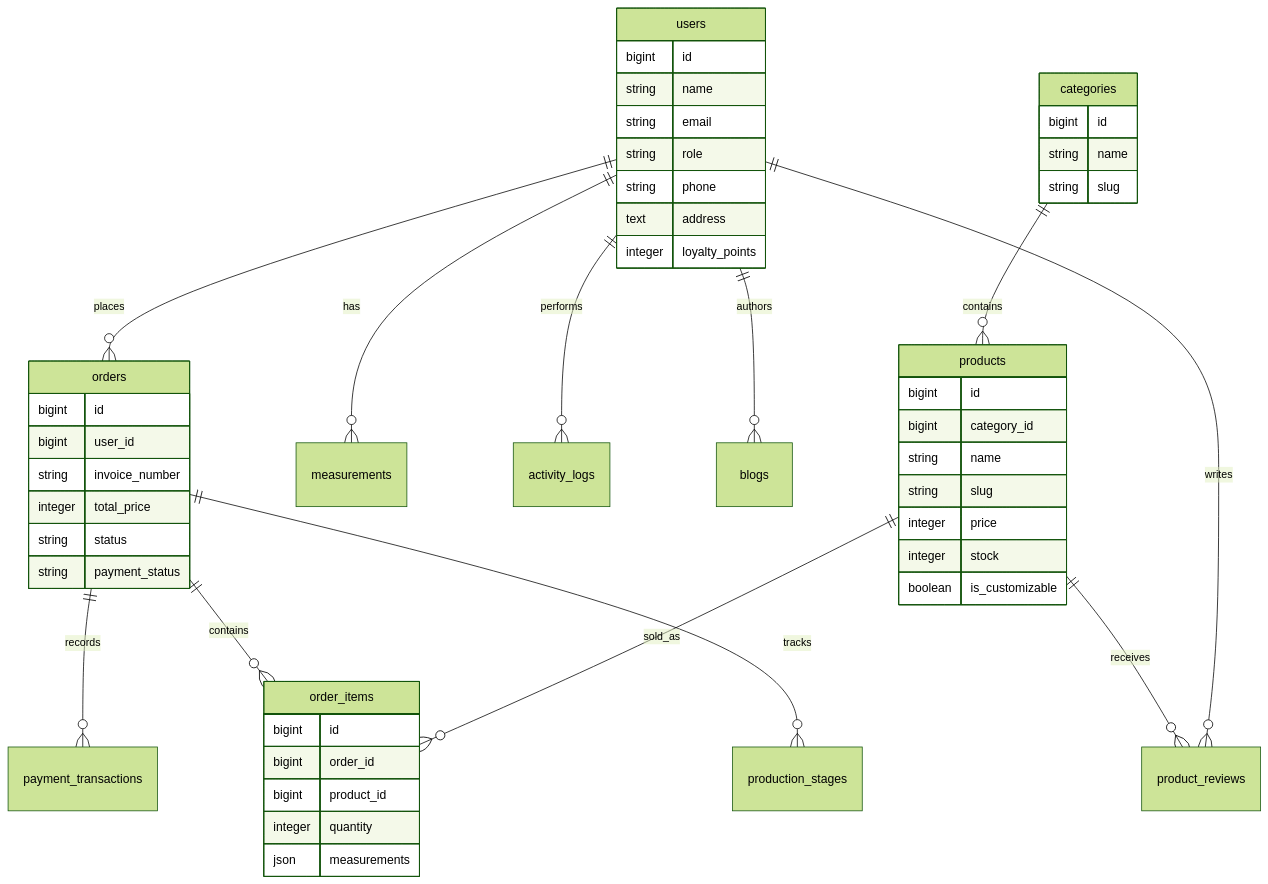
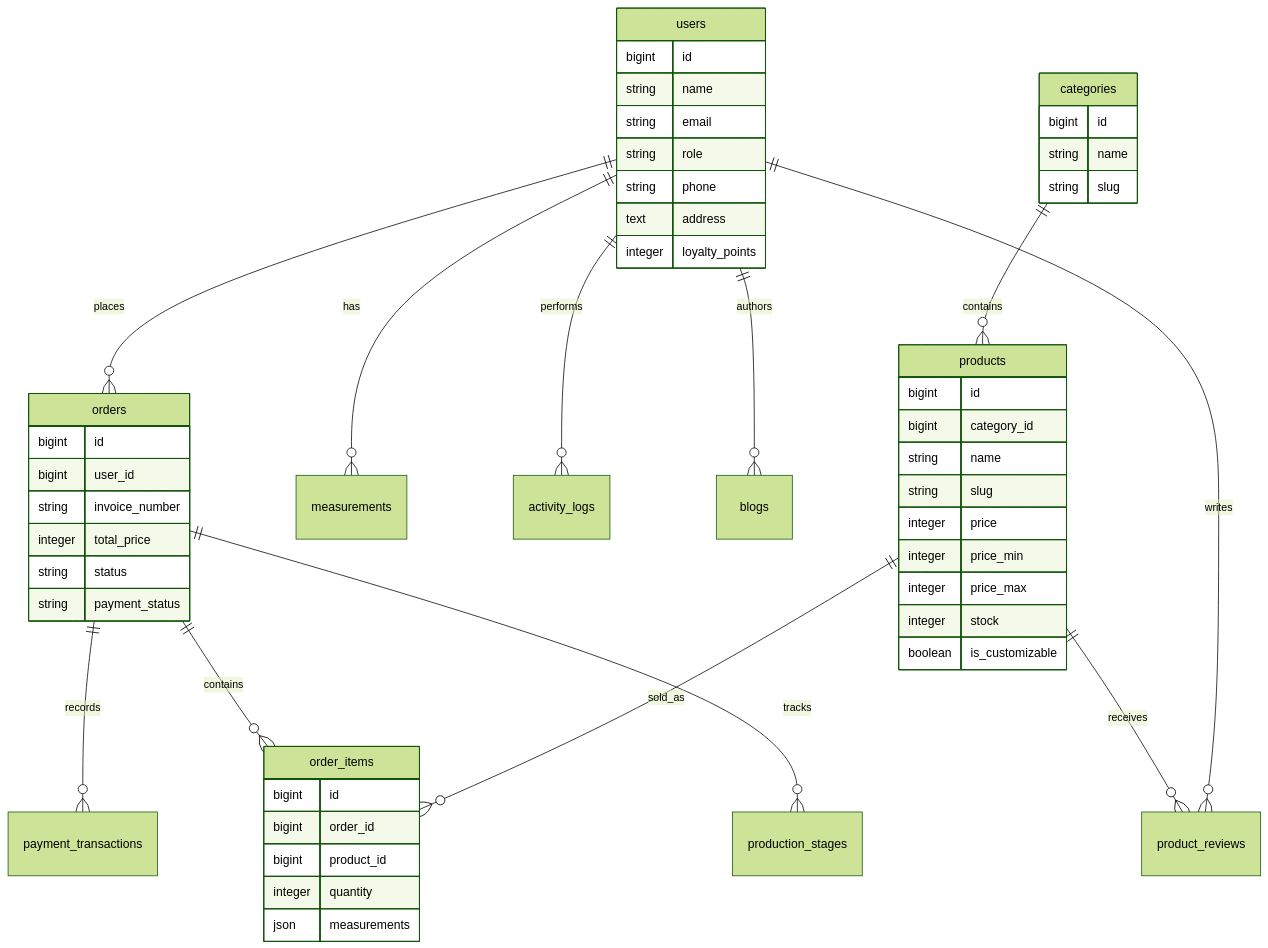
The diagram in docs/DATABASE.MD (mohammadradja/jahitan-nenek), drawn with Mermaid (forest theme) before and after one commit. The commit also changed other lines of this file and 44 other files, not shown here.

````diff
--- a/docs/DATABASE.MD
+++ b/docs/DATABASE.MD
@@ -7,53 +7,55 @@
 ```mermaid
 erDiagram
     users ||--o{ orders : places
     users ||--o{ measurements : has
     users ||--o{ activity_logs : performs
     users ||--o{ blogs : authors
     users ||--o{ product_reviews : writes
     categories ||--o{ products : contains
     products ||--o{ order_items : sold_as
     products ||--o{ product_reviews : receives
     orders ||--o{ order_items : contains
     orders ||--o{ payment_transactions : records
     orders ||--o{ production_stages : tracks
 
     users {
         bigint id
         string name
         string email
         string role
         string phone
         text address
         integer loyalty_points
     }
     categories {
         bigint id
         string name
         string slug
     }
     products {
         bigint id
         bigint category_id
         string name
         string slug
         integer price
+        integer price_min
+        integer price_max
         integer stock
         boolean is_customizable
     }
     orders {
         bigint id
         bigint user_id
         string invoice_number
         integer total_price
         string status
         string payment_status
     }
     order_items {
         bigint id
         bigint order_id
         bigint product_id
         integer quantity
         json measurements
     }
 ```
````
